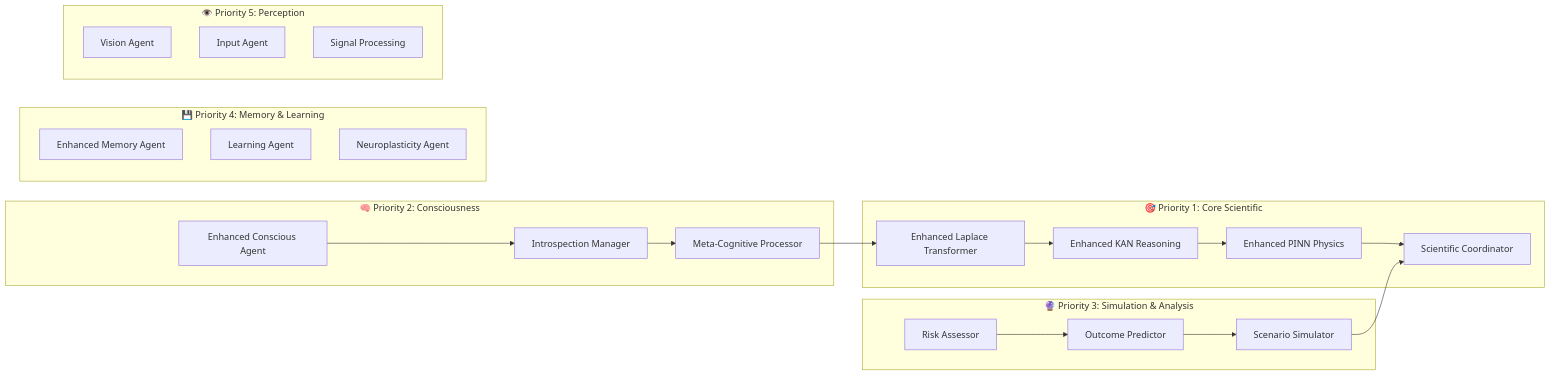
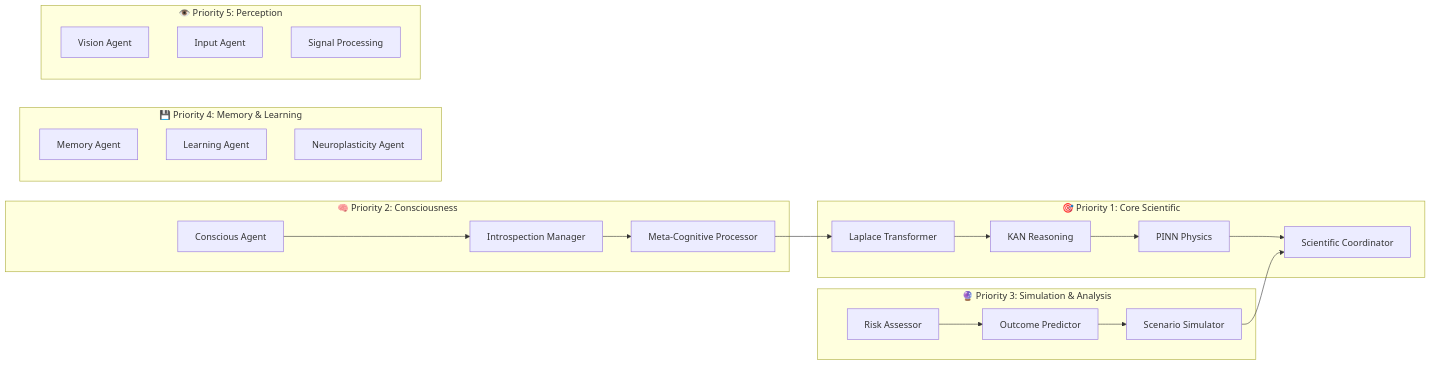
Before and after one commit to Organica-Ai-Solutions/NIS_Protocol: the second of 2 diagrams in README.md, drawn with Mermaid. The commit also changed other lines of this file and 55 other files, not shown here.

````diff
--- a/README.md
+++ b/README.md
@@ -76,43 +100,43 @@
 ```mermaid
 graph LR
     subgraph "🎯 Priority 1: Core Scientific"
-        A1["Enhanced Laplace Transformer"]
-        A2["Enhanced KAN Reasoning"]
-        A3["Enhanced PINN Physics"]
+        A1["Laplace Transformer"]
+        A2["KAN Reasoning"]
+        A3["PINN Physics"]
         A4["Scientific Coordinator"]
     end
     
     subgraph "🧠 Priority 2: Consciousness"
         B1["Meta-Cognitive Processor"]
         B2["Introspection Manager"]
-        B3["Enhanced Conscious Agent"]
+        B3["Conscious Agent"]
     end
     
     subgraph "🔮 Priority 3: Simulation & Analysis"
         S1["Scenario Simulator"]
         S2["Outcome Predictor"]
         S3["Risk Assessor"]
     end
     
     subgraph "💾 Priority 4: Memory & Learning"
-        C1["Enhanced Memory Agent"]
+        C1["Memory Agent"]
         C2["Learning Agent"]
         C3["Neuroplasticity Agent"]
     end
     
     subgraph "👁️ Priority 5: Perception"
         D1["Vision Agent"]
         D2["Input Agent"]
         D3["Signal Processing"]
     end
     
     A1 --> A2
     A2 --> A3
     A3 --> A4
     B1 --> A1
     B2 --> B1
     B3 --> B2
     S1 --> A4
     S2 --> S1
     S3 --> S2
 ```
````
